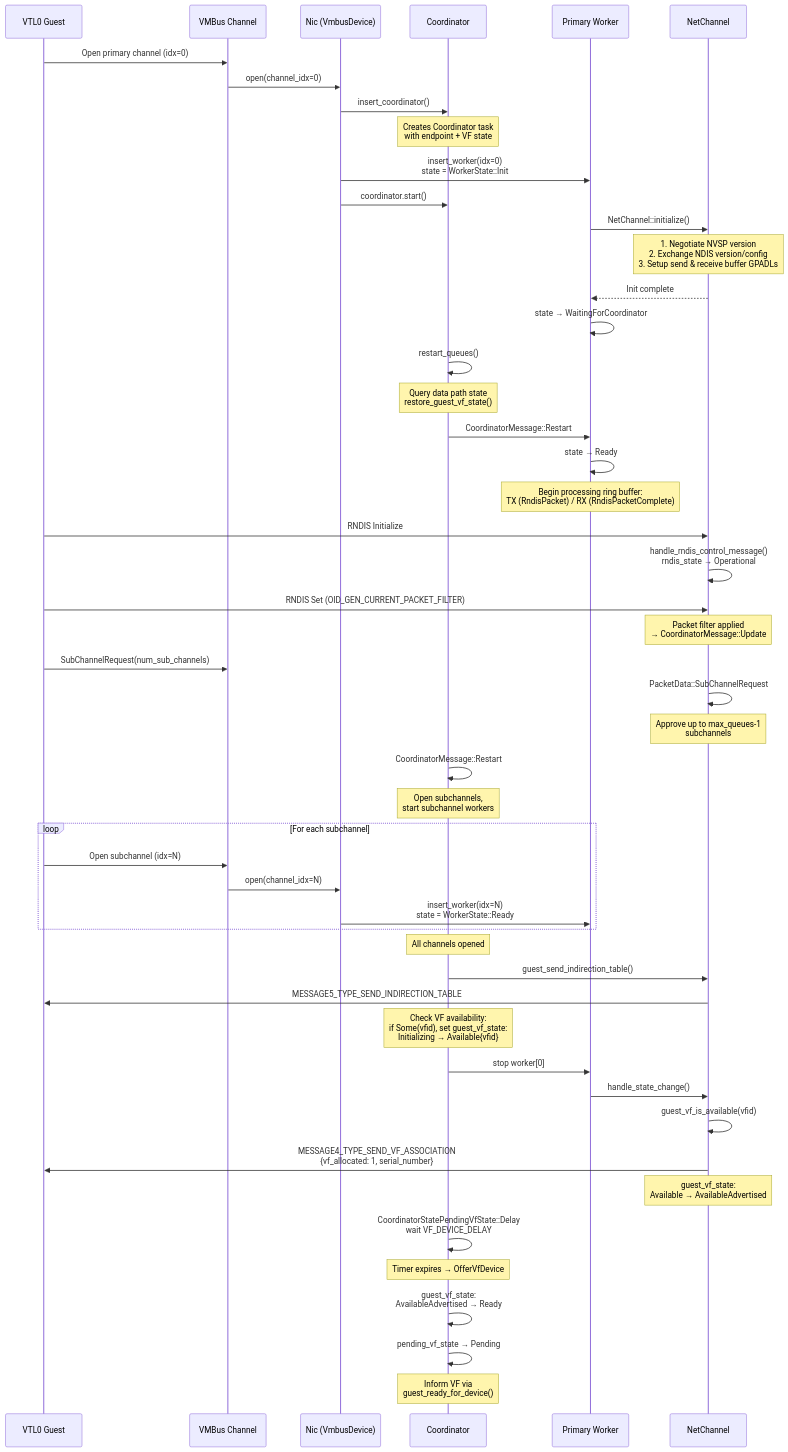
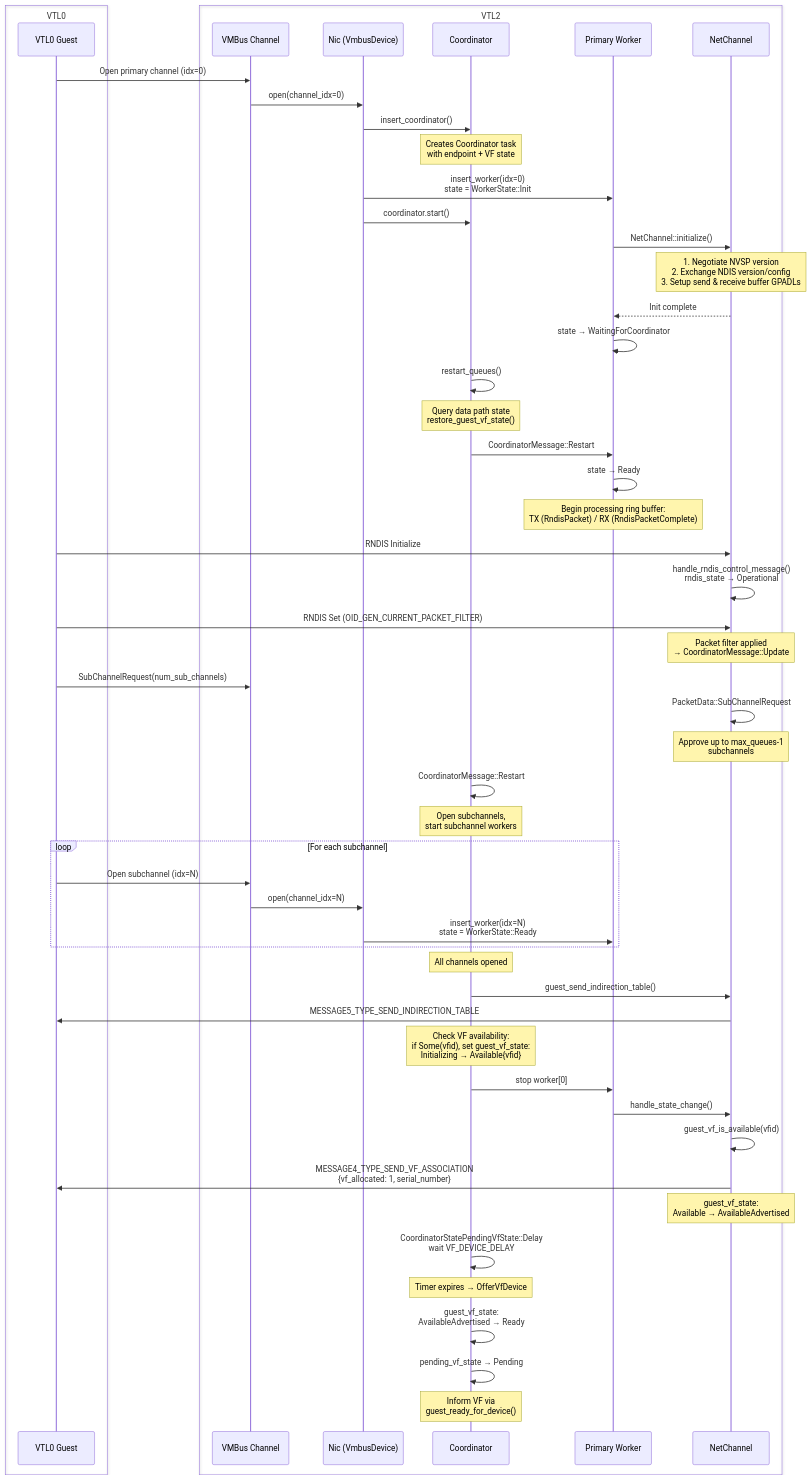
The second of 7 diagrams in Guide/src/dev_guide/netvsp_mana_lifecycle_diagrams.md (ben-zen/openvmm), drawn with Mermaid before and after one commit. The commit also changed other lines of this file, not shown here.

Commit message:
Improved diagrams, added component boundaries.

````diff
--- a/Guide/src/dev_guide/netvsp_mana_lifecycle_diagrams.md
+++ b/Guide/src/dev_guide/netvsp_mana_lifecycle_diagrams.md
@@ -79,70 +79,75 @@
 ```mermaid
 sequenceDiagram
+    box VTL0
     participant Guest as VTL0 Guest
+    end
+
+    box VTL2
     participant VMBus as VMBus Channel
     participant NicDev as Nic (VmbusDevice)
     participant Coord as Coordinator
     participant PriWorker as Primary Worker
     participant Channel as NetChannel
+    end
 
     Guest->>VMBus: Open primary channel (idx=0)
     VMBus->>NicDev: open(channel_idx=0)
 
     NicDev->>Coord: insert_coordinator()
     Note over Coord: Creates Coordinator task<br/>with endpoint + VF state
 
     NicDev->>PriWorker: insert_worker(idx=0)<br/>state = WorkerState::Init
     NicDev->>Coord: coordinator.start()
 
     PriWorker->>Channel: NetChannel::initialize()
     Note over Channel: 1. Negotiate NVSP version<br/>2. Exchange NDIS version/config<br/>3. Setup send & receive buffer GPADLs
 
     Channel-->>PriWorker: Init complete
     PriWorker->>PriWorker: state → WaitingForCoordinator
 
     Coord->>Coord: restart_queues()
     Note over Coord: Query data path state<br/>restore_guest_vf_state()
 
     Coord->>PriWorker: CoordinatorMessage::Restart
     PriWorker->>PriWorker: state → Ready
 
     Note over PriWorker: Begin processing ring buffer:<br/>TX (RndisPacket) / RX (RndisPacketComplete)
 
     Guest->>Channel: RNDIS Initialize
     Channel->>Channel: handle_rndis_control_message()<br/>rndis_state → Operational
 
     Guest->>Channel: RNDIS Set (OID_GEN_CURRENT_PACKET_FILTER)
     Note over Channel: Packet filter applied<br/>→ CoordinatorMessage::Update
 
     Guest->>VMBus: SubChannelRequest(num_sub_channels)
     Channel->>Channel: PacketData::SubChannelRequest
     Note over Channel: Approve up to max_queues-1<br/>subchannels
 
     Coord->>Coord: CoordinatorMessage::Restart
     Note over Coord: Open subchannels,<br/>start subchannel workers
 
     loop For each subchannel
         Guest->>VMBus: Open subchannel (idx=N)
         VMBus->>NicDev: open(channel_idx=N)
         NicDev->>PriWorker: insert_worker(idx=N)<br/>state = WorkerState::Ready
     end
 
     Note over Coord: All channels opened
 
     Coord->>Channel: guest_send_indirection_table()
     Channel->>Guest: MESSAGE5_TYPE_SEND_INDIRECTION_TABLE
 
     Note over Coord: Check VF availability:<br/>if Some(vfid), set guest_vf_state:<br/>Initializing → Available{vfid}
 
     Coord->>PriWorker: stop worker[0]
     PriWorker->>Channel: handle_state_change()
     Channel->>Channel: guest_vf_is_available(vfid)
     Channel->>Guest: MESSAGE4_TYPE_SEND_VF_ASSOCIATION<br/>{vf_allocated: 1, serial_number}
     Note over Channel: guest_vf_state:<br/>Available → AvailableAdvertised
 
     Coord->>Coord: CoordinatorStatePendingVfState::Delay<br/>wait VF_DEVICE_DELAY
     Note over Coord: Timer expires → OfferVfDevice
     Coord->>Coord: guest_vf_state:<br/>AvailableAdvertised → Ready
     Coord->>Coord: pending_vf_state → Pending
     Note over Coord: Inform VF via<br/>guest_ready_for_device()
 ```
````
